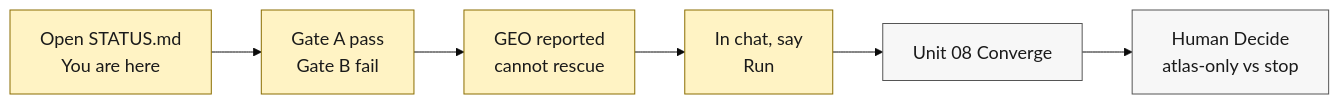
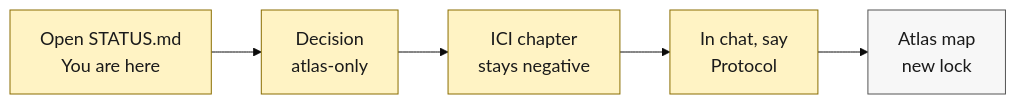
Before and after one commit to cauld/scendo: the diagram in docs/diagrams/what-to-run.mmd, drawn with Mermaid. The commit also changed 13 other files, not shown here.

Commit message:
Record Unit 08 Converge and atlas-only Decide after Gate B fail.

```diff
--- a/docs/diagrams/what-to-run.mmd
+++ b/docs/diagrams/what-to-run.mmd
@@ -1,12 +1,11 @@
 %%{init: {"theme": "base", "themeVariables": {"fontSize": "18px", "fontFamily": "Helvetica, Arial, sans-serif"}} }%%
 flowchart LR
-  A["Open STATUS.md<br/>You are here"] --> B["Gate A pass<br/>Gate B fail"]
-  B --> C["GEO reported<br/>cannot rescue"]
-  C --> D["In chat, say<br/>Run"]
-  D --> E["Unit 08 Converge"]
-  E --> F["Human Decide<br/>atlas-only vs stop"]
+  A["Open STATUS.md<br/>You are here"] --> B["Decision<br/>atlas-only"]
+  B --> C["ICI chapter<br/>stays negative"]
+  C --> D["In chat, say<br/>Protocol"]
+  D --> E["Atlas map<br/>new lock"]
 
   classDef now fill:#FFF3C4,stroke:#8A6D00,color:#1A1A1A
   classDef step fill:#F7F7F7,stroke:#555555,color:#1A1A1A
   class A,B,C,D now
-  class E,F step
+  class E step
```
